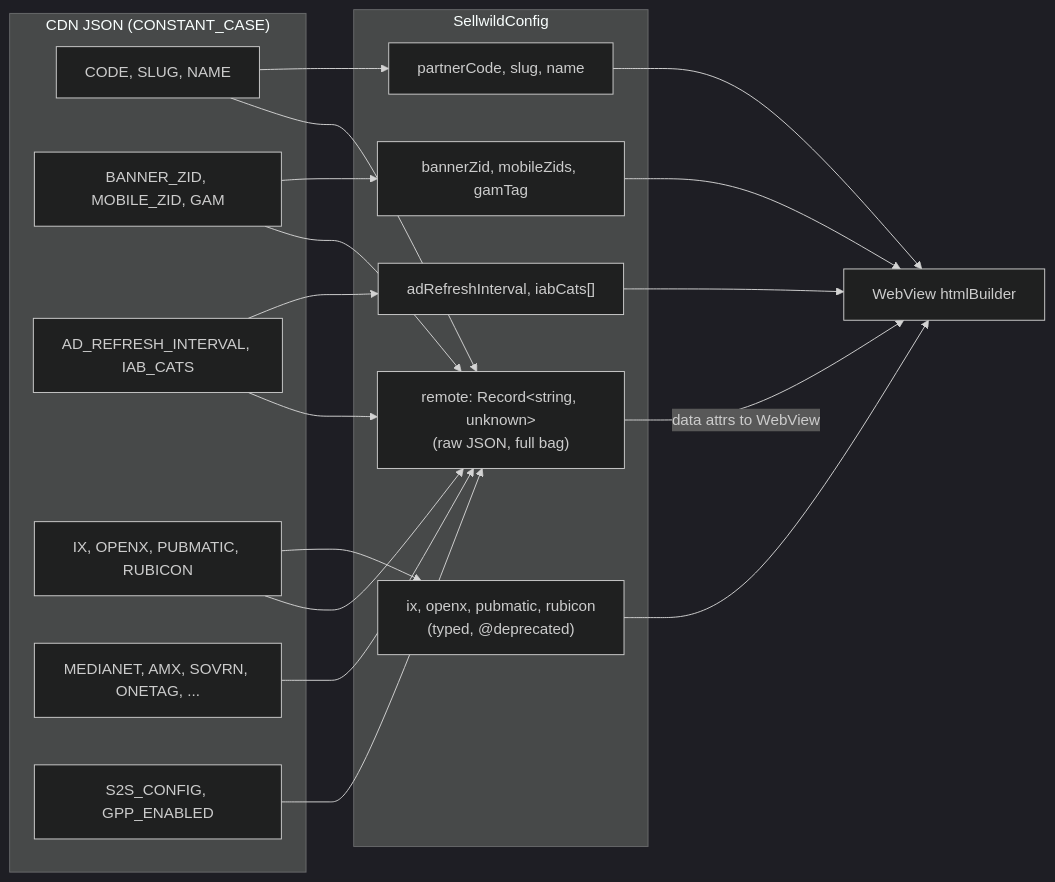
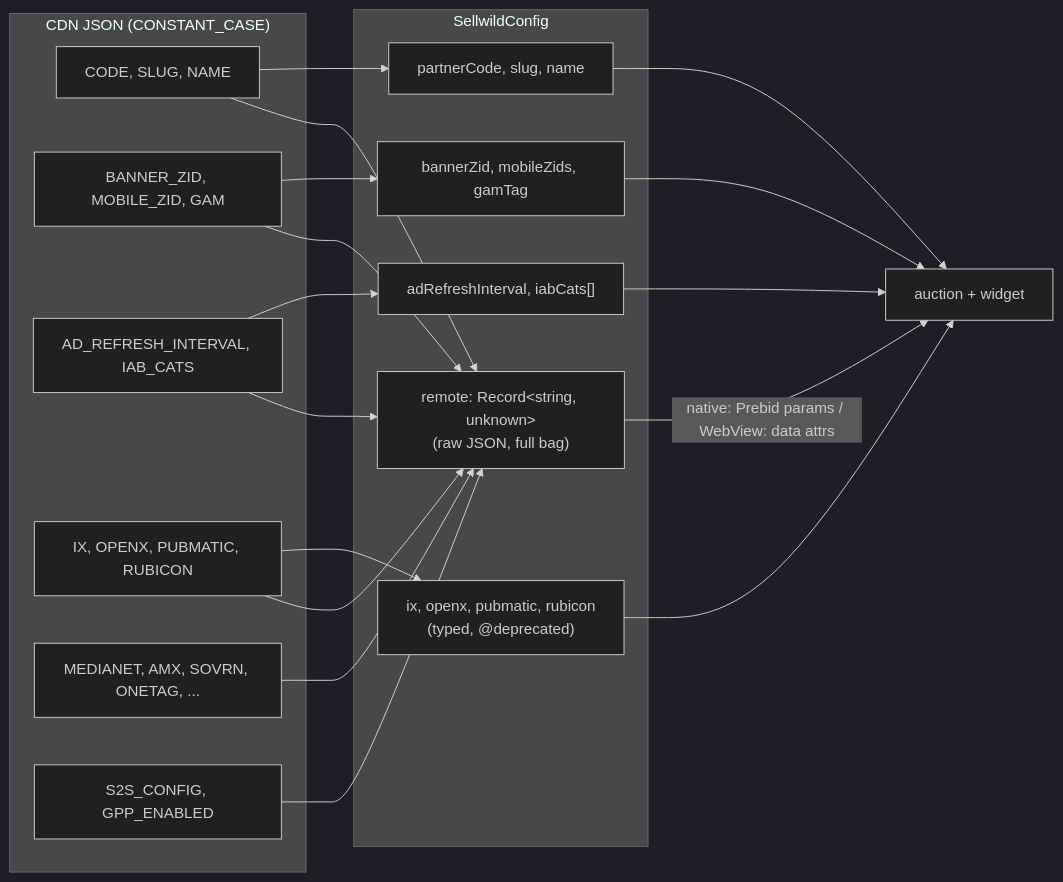
The fifth of 6 diagrams in ARCHITECTURE.md (Antengo/sellwild-sdk), drawn with Mermaid (dark theme) before and after one commit. The commit also changed other lines of this file and 4 other files, not shown here.

````diff
--- a/ARCHITECTURE.md
+++ b/ARCHITECTURE.md
@@ -172,36 +174,36 @@
 ```mermaid
 flowchart LR
     subgraph CDN["CDN JSON (CONSTANT_CASE)"]
         K1["CODE, SLUG, NAME"]
         K2["BANNER_ZID, MOBILE_ZID, GAM"]
         K3["AD_REFRESH_INTERVAL, IAB_CATS"]
         K4["IX, OPENX, PUBMATIC, RUBICON"]
         K5["MEDIANET, AMX, SOVRN, ONETAG, ..."]
         K6["S2S_CONFIG, GPP_ENABLED"]
     end
 
     subgraph SDK["SellwildConfig"]
         T1["partnerCode, slug, name"]
         T2["bannerZid, mobileZids, gamTag"]
         T3["adRefreshInterval, iabCats[]"]
         T4["ix, openx, pubmatic, rubicon<br/>(typed, @deprecated)"]
         R["remote: Record&lt;string, unknown&gt;<br/>(raw JSON, full bag)"]
     end
 
     K1 --> T1
     K2 --> T2
     K3 --> T3
     K4 --> T4
     K1 --> R
     K2 --> R
     K3 --> R
     K4 --> R
     K5 --> R
     K6 --> R
 
-    R -->|"data attrs to WebView"| WV["WebView htmlBuilder"]
-    T1 --> WV
-    T2 --> WV
-    T3 --> WV
-    T4 --> WV
+    R -->|"native: Prebid params / WebView: data attrs"| Sink["auction + widget"]
+    T1 --> Sink
+    T2 --> Sink
+    T3 --> Sink
+    T4 --> Sink
 ```
````
